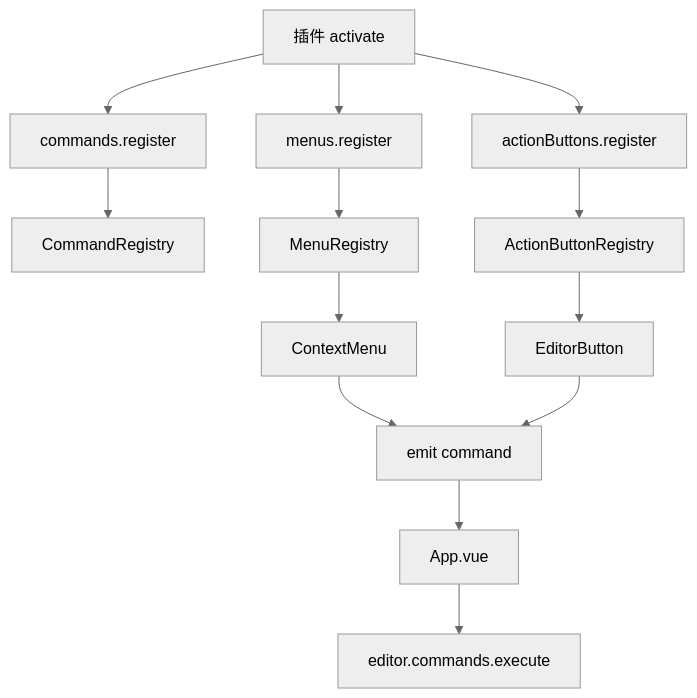
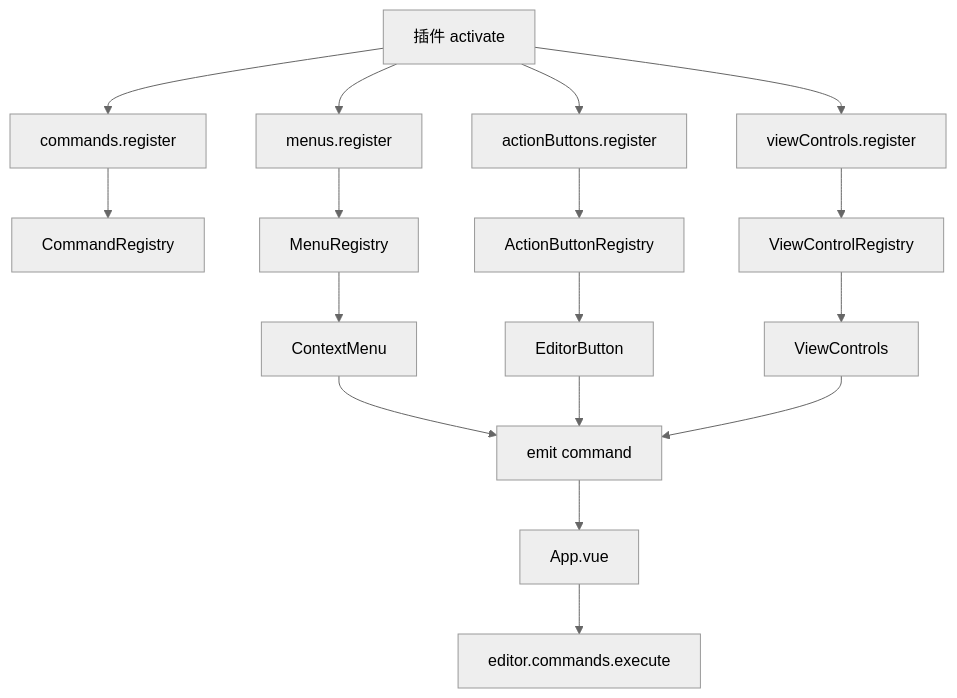
The second of 3 diagrams in docs/plugin-architecture.md (2992362310/leafer-flow), drawn with Mermaid (neutral theme) before and after one commit. The commit also changed other lines of this file and 43 other files, not shown here.

Commit message:
Modularize editor plugin architecture

````diff
--- a/docs/plugin-architecture.md
+++ b/docs/plugin-architecture.md
@@ -115,15 +154,19 @@
 ```mermaid
 flowchart TD
     A[插件 activate] --> B[commands.register]
     A --> C[menus.register]
     A --> D[actionButtons.register]
-    B --> E[CommandRegistry]
-    C --> F[MenuRegistry]
-    D --> G[ActionButtonRegistry]
-    F --> H[ContextMenu]
-    G --> I[EditorButton]
-    H --> J[emit command]
-    I --> J
-    J --> K[App.vue]
-    K --> L[editor.commands.execute]
+    A --> E[viewControls.register]
+    B --> F[CommandRegistry]
+    C --> G[MenuRegistry]
+    D --> H[ActionButtonRegistry]
+    E --> I[ViewControlRegistry]
+    G --> J[ContextMenu]
+    H --> K[EditorButton]
+    I --> L[ViewControls]
+    J --> M[emit command]
+    K --> M
+    L --> M
+    M --> N[App.vue]
+    N --> O[editor.commands.execute]
 ```
````
